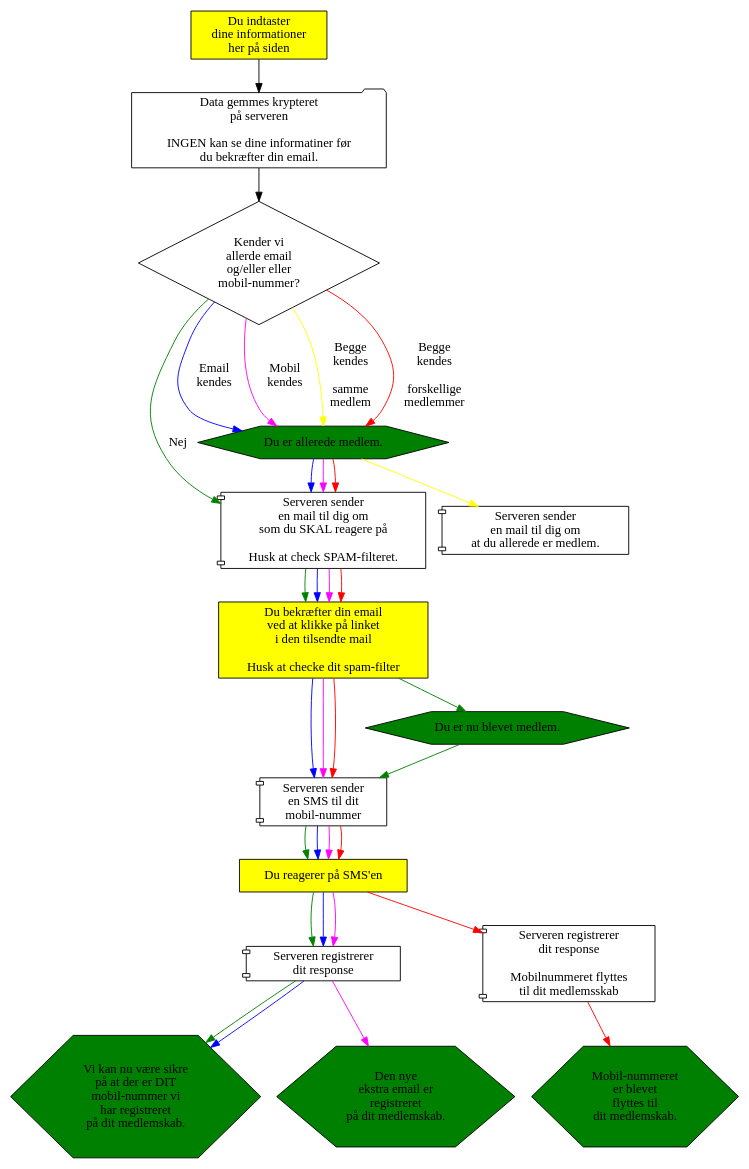
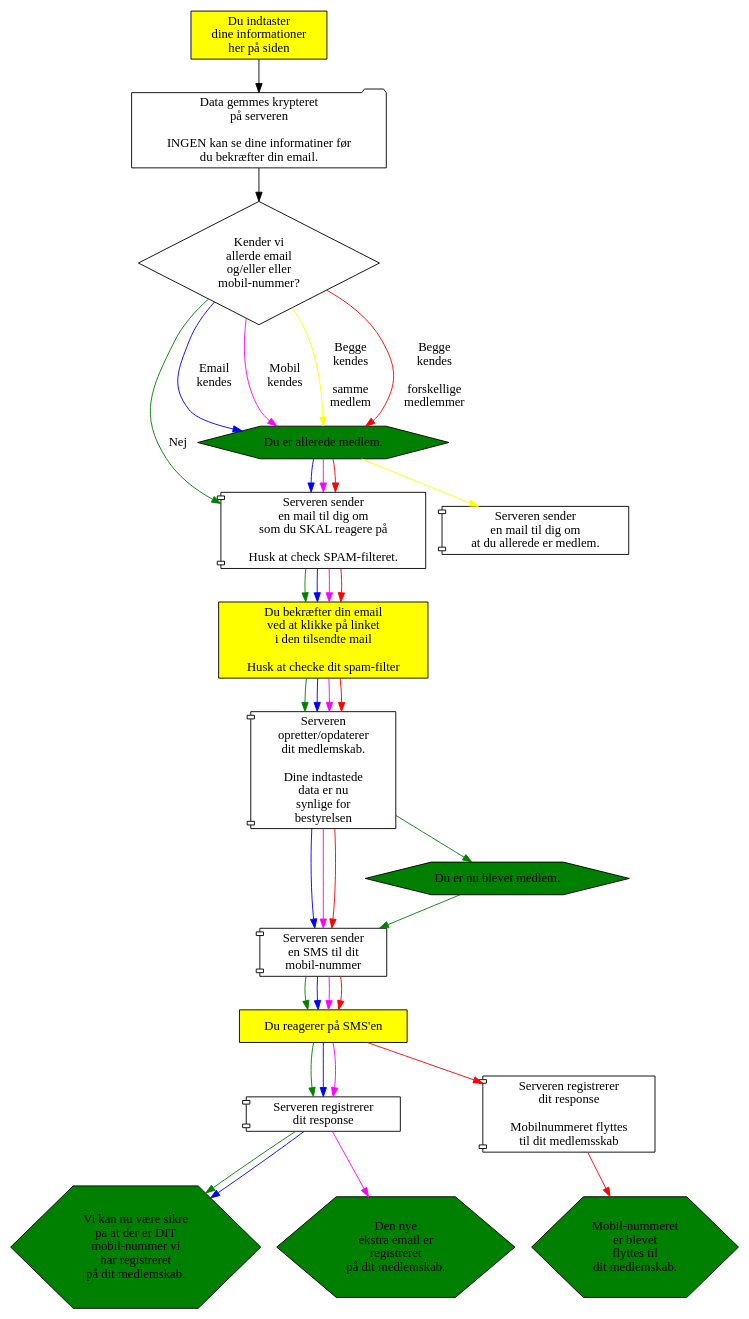
One commit to alslug/alslug.dk changed the diagram in medlemskab/indmeldelse.dot. Above: the diagram before and after it, drawn with Graphviz.

```diff
--- a/medlemskab/indmeldelse.dot
+++ b/medlemskab/indmeldelse.dot
@@ -1,58 +1,59 @@
 digraph indmeldelse {
   { # Dine handlinger
     node [ shape=box style=filled fillcolor=yellow ];
     indtast         [label="Du indtaster\ndine informationer\nher på siden"];
     confirm_email   [label="Du bekræfter din email\nved at klikke på linket\ni den tilsendte mail\n\nHusk at checke dit spam-filter"];
     confirm_sms     [label="Du reagerer på SMS'en"];
   }
   send_tilmelding        [shape=folder label="Data gemmes krypteret \n på serveren \n \n INGEN kan se dine informatiner før \n du bekræfter din email."];
   { # Server-aktiviteter
     node [shape=component];
     server_sender_allerede_medlem [label="Serveren sender \n en mail til dig om \n at du allerede er medlem."];
     server_sender_email           [label="Serveren sender \n en mail til dig om \n som du SKAL reagere på \n\n Husk at check SPAM-filteret."];
     server_sender_sms             [label="Serveren sender \n en SMS til dit \n mobil-nummer"];
+    email_confirmed               [label="Serveren \n opretter/opdaterer \n dit medlemskab. \n\n Dine indtastede \n data er nu \n synlige for \n bestyrelsen"];
     sms_confirmed                 [label="Serveren registrerer \n dit response"];
     sms_move_confirmed            [label="Serveren registrerer \n dit response \n\n Mobilnummeret flyttes \n til dit medlemsskab"];
   }
   { # Results
     node [shape=hexagon   style=filled fillcolor=green ];
     du_biver_medlem        [label="Du er nu blevet medlem."];
     allerede_medlem        [label="Du er allerede medlem."];
     mobile_ok              [label="Vi kan nu være sikre \n på at der er DIT \n mobil-nummer vi \n har registreret \n på dit medlemskab."]; 
     email_added            [label="Den nye \n ekstra email er \n registreret \n på dit medlemskab." ];
     mobile_moved           [label="Mobil-nummeret \n er blevet \n flyttes til \n dit medlemskab." ];
 }
   { # Valg
     node [shape=diamond];
     findes_allerede        [label="Kender vi \n allerde email \n og/eller eller \n mobil-nummer?"];
   }
 
   node [shape=point];
 
   indtast -> send_tilmelding -> findes_allerede;
   {
     edge [color=green];
                       findes_allerede ->                    server_sender_email [label="Nej"];
-                                                            server_sender_email -> confirm_email -> du_biver_medlem -> server_sender_sms -> confirm_sms -> sms_confirmed  -> mobile_ok;
+                                                            server_sender_email -> confirm_email -> email_confirmed -> du_biver_medlem -> server_sender_sms -> confirm_sms -> sms_confirmed  -> mobile_ok;
   }
   {
     edge [color=blue];
                       findes_allerede -> allerede_medlem                        [label="Email \n kendes"];
-                                         allerede_medlem -> server_sender_email -> confirm_email ->                    server_sender_sms -> confirm_sms -> sms_confirmed -> mobile_ok;
+                                         allerede_medlem -> server_sender_email -> confirm_email -> email_confirmed ->                    server_sender_sms -> confirm_sms -> sms_confirmed -> mobile_ok;
   }
   {
     edge [color=magenta];
                       findes_allerede -> allerede_medlem                        [label="Mobil \n kendes"];
-                                         allerede_medlem -> server_sender_email -> confirm_email ->                    server_sender_sms -> confirm_sms -> sms_confirmed -> email_added;
+                                         allerede_medlem -> server_sender_email -> confirm_email -> email_confirmed ->                    server_sender_sms -> confirm_sms -> sms_confirmed -> email_added;
   }
   {
     edge [color=yellow];
                       findes_allerede -> allerede_medlem                        [label="Begge \n kendes \n\n samme \n medlem"];
                                          allerede_medlem -> server_sender_allerede_medlem;
   }
   {
     edge [color=red];
                       findes_allerede -> allerede_medlem                        [label="Begge \n kendes \n\n forskellige \n medlemmer"];
-                                         allerede_medlem -> server_sender_email -> confirm_email ->                    server_sender_sms -> confirm_sms -> sms_move_confirmed -> mobile_moved;
+                                         allerede_medlem -> server_sender_email -> confirm_email -> email_confirmed ->                    server_sender_sms -> confirm_sms -> sms_move_confirmed -> mobile_moved;
   }
 }
```
